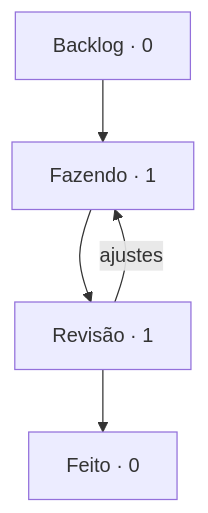
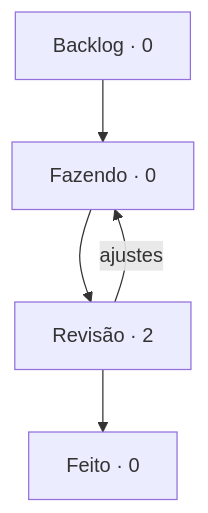
The diagram in boards/harness/BOARD.md (StudioVibi/VibiKanban), drawn with Mermaid before and after one commit. The commit also changed other lines of this file and 1 other file, not shown here.

Commit message:
board: HN-2 Fazendo → Revisão (@isabellaherman)

````diff
--- a/boards/harness/BOARD.md
+++ b/boards/harness/BOARD.md
@@ -5,10 +5,10 @@
 ```mermaid
 flowchart TD
-  backlog["Backlog · 0"] --> doing["Fazendo · 1"]
-  doing --> review["Revisão · 1"]
+  backlog["Backlog · 0"] --> doing["Fazendo · 0"]
+  doing --> review["Revisão · 2"]
   review --> done["Feito · 0"]
   review -->|ajustes| doing
   doing:::blue
   review:::yellow
   done:::green
 ```
````
